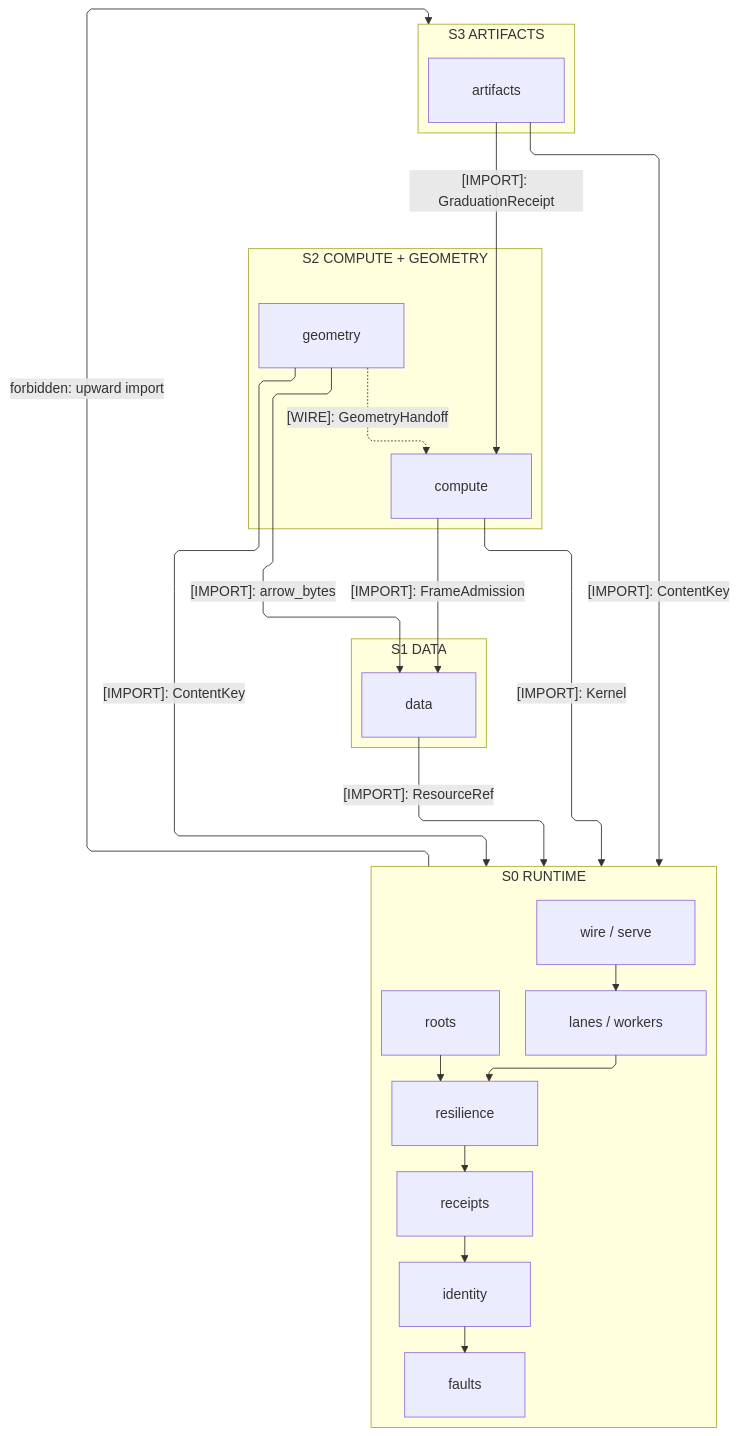
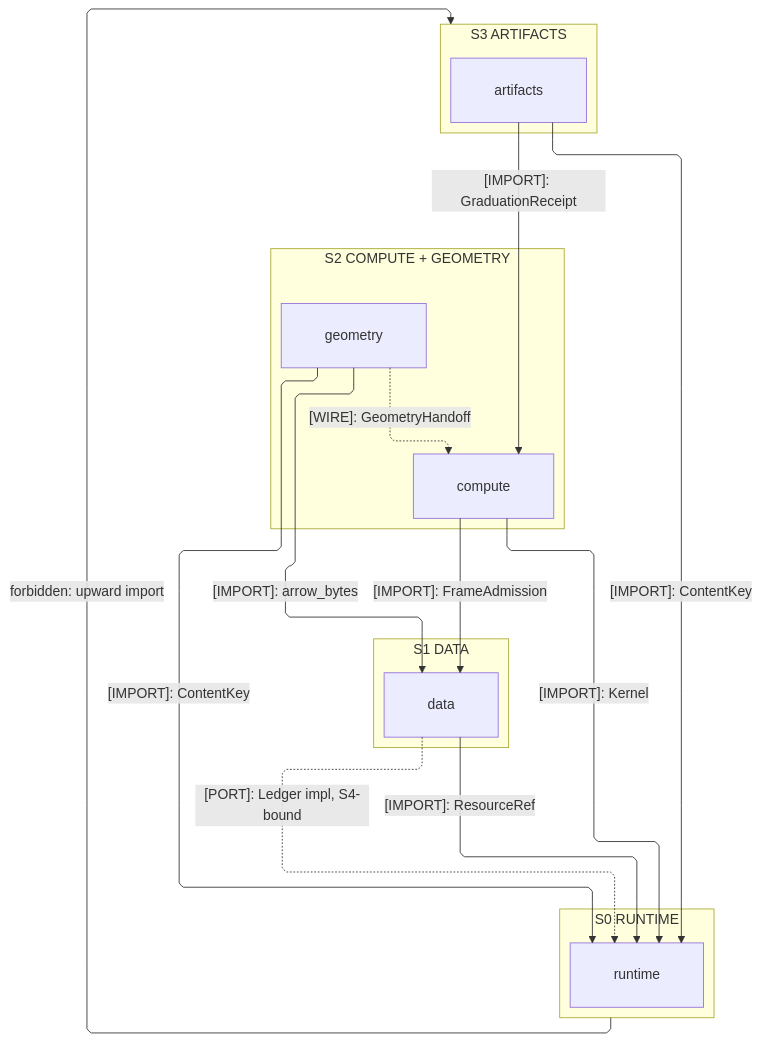
Before and after one commit to bsamiee/Rasm: the first of 4 diagrams in libs/python/.planning/ARCHITECTURE.md, drawn with Mermaid. The commit also changed other lines of this file and 249 other files, not shown here.

````diff
--- a/libs/python/.planning/ARCHITECTURE.md
+++ b/libs/python/.planning/ARCHITECTURE.md
@@ -25,47 +28,36 @@
 ```mermaid
 ---
 config:
   layout: elk
   flowchart:
     curve: linear
     padding: 25
 ---
 flowchart TB
     accTitle: Python branch import strata
-    accDescr: Four import strata from artifacts down to the runtime foundation; labeled edges name one sourced surface, dashed edges carry wire data.
+    accDescr: Four import strata from artifacts down to the runtime foundation; solid labeled edges name one imported surface, and dashed edges carry the graduation wire beside the Ledger implementation data supplies and the S4 root binds into runtime.
     subgraph S3["S3 ARTIFACTS"]
         Artifacts[artifacts]
     end
     subgraph S2["S2 COMPUTE + GEOMETRY"]
         Compute[compute]
         Geometry[geometry]
     end
     subgraph S1["S1 DATA"]
         Data[data]
     end
     subgraph S0["S0 RUNTIME"]
-        Wire["wire / serve"]
-        Lanes["lanes / workers"]
-        Roots[roots]
-        Resilience[resilience]
-        Receipts[receipts]
-        Identity[identity]
-        Faults[faults]
+        Runtime[runtime]
     end
     Artifacts e1@-->|"[IMPORT]: GraduationReceipt"| Compute
     Compute e2@-->|"[IMPORT]: FrameAdmission"| Data
     Geometry e3@-->|"[IMPORT]: arrow_bytes"| Data
     Geometry e4@-.->|"[WIRE]: GeometryHandoff"| Compute
-    Data e5@-->|"[IMPORT]: ResourceRef"| S0
-    Geometry e6@-->|"[IMPORT]: ContentKey"| S0
-    Compute e7@-->|"[IMPORT]: Kernel"| S0
-    Artifacts e8@-->|"[IMPORT]: ContentKey"| S0
+    Data e5@-->|"[IMPORT]: ResourceRef"| Runtime
+    Geometry e6@-->|"[IMPORT]: ContentKey"| Runtime
+    Compute e7@-->|"[IMPORT]: Kernel"| Runtime
+    Artifacts e8@-->|"[IMPORT]: ContentKey"| Runtime
+    Data e10@-.->|"[PORT]: Ledger impl, S4-bound"| Runtime
     Artifacts ~~~ Compute
     S0 e9@-->|"forbidden: upward import"| S3
-    Wire r1@--> Lanes
-    Lanes r2@--> Resilience
-    Roots r3@--> Resilience
-    Resilience r4@--> Receipts
-    Receipts r5@--> Identity
-    Identity r6@--> Faults
 ```
````
